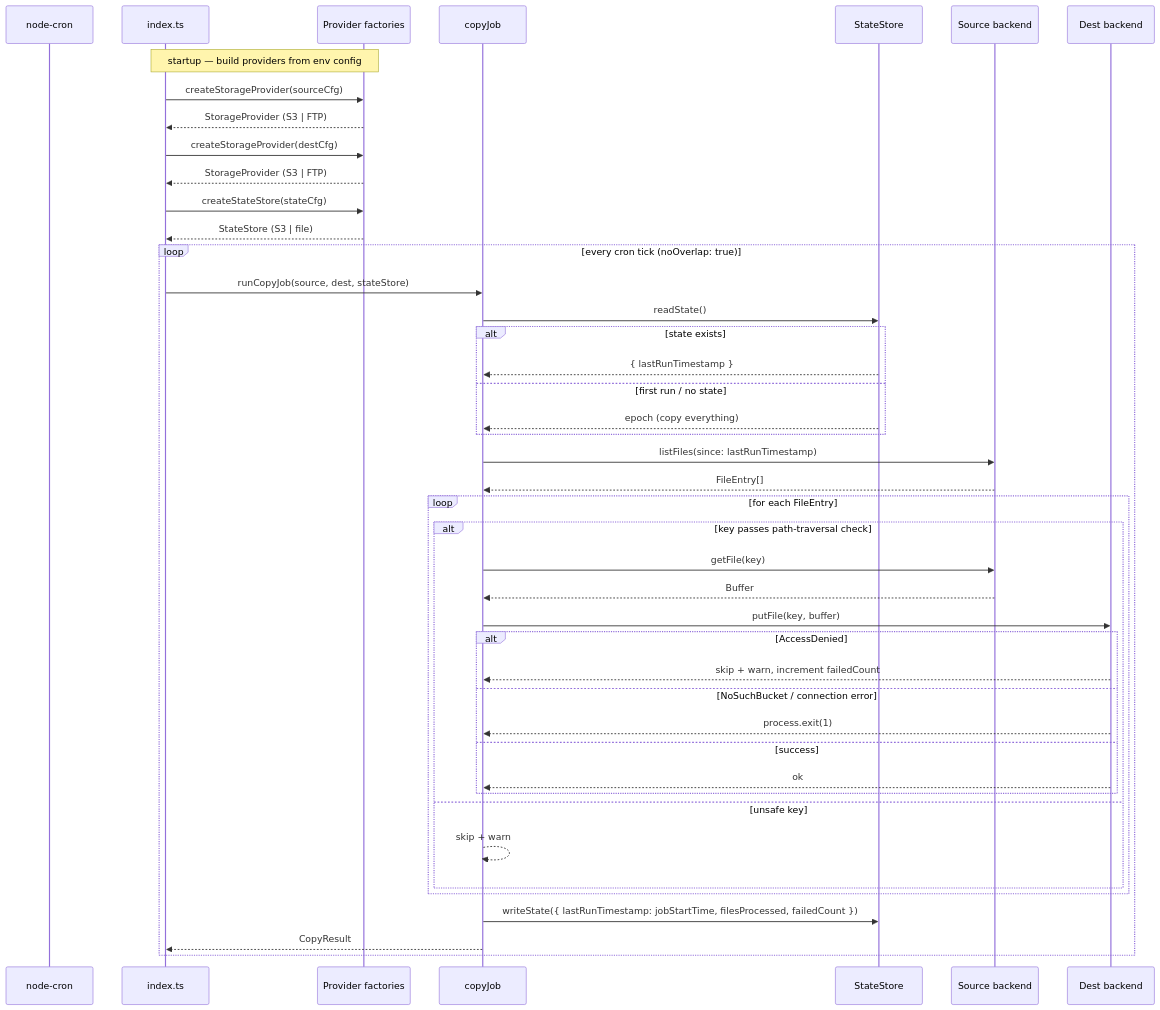
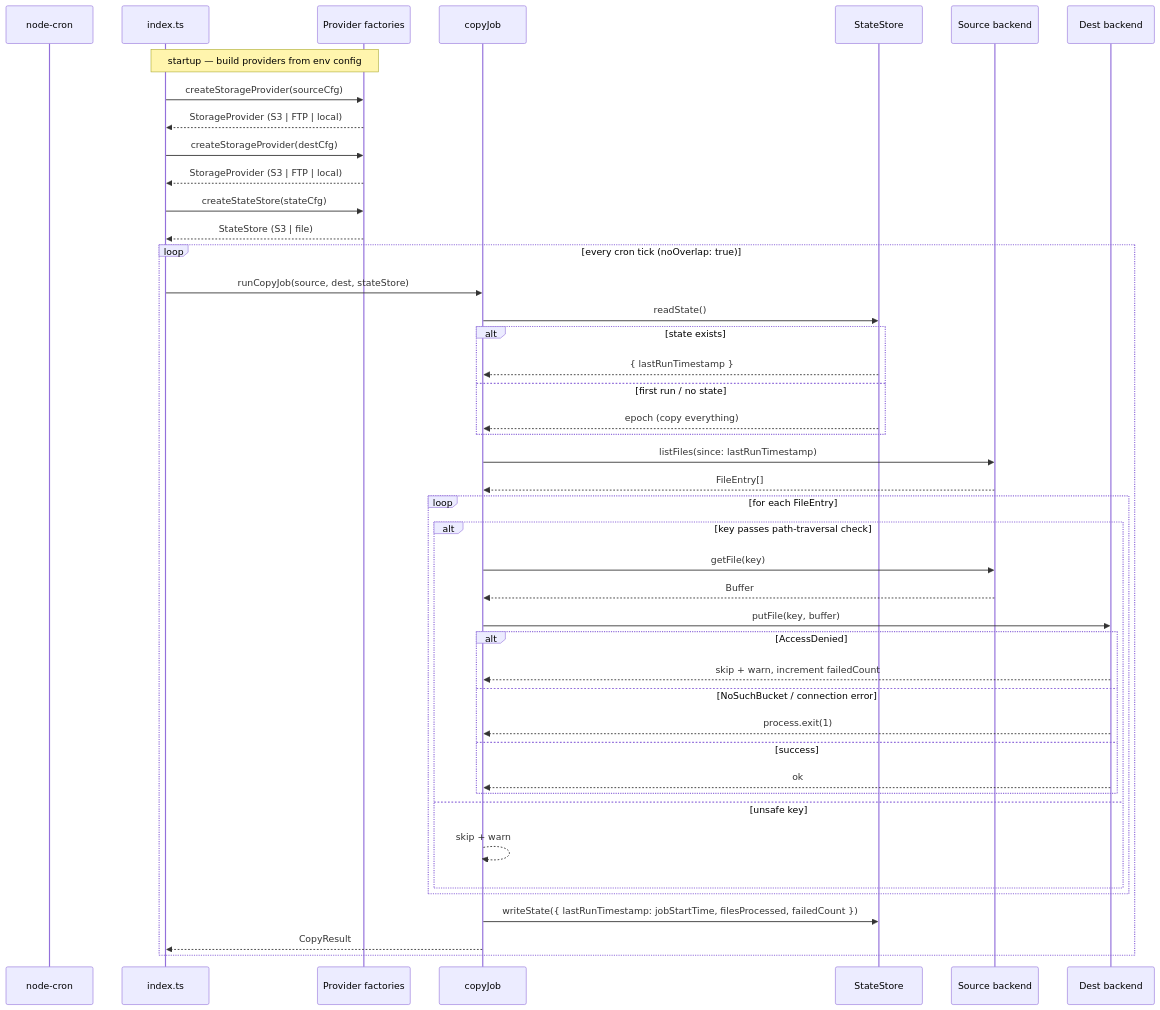
The diagram in README.md (vvepretskiy/s3-sync-cron), drawn with Mermaid before and after one commit. The commit also changed other lines of this file, not shown here.

Commit message:
docs: add local provider to README and diagram

````diff
--- a/README.md
+++ b/README.md
@@ -204,52 +237,52 @@
 ```mermaid
 sequenceDiagram
     participant Cron as node-cron
     participant Index as index.ts
     participant Factory as Provider factories
     participant Job as copyJob
     participant State as StateStore
     participant Src as Source backend
     participant Dst as Dest backend
 
     Note over Index,Factory: startup — build providers from env config
     Index->>Factory: createStorageProvider(sourceCfg)
-    Factory-->>Index: StorageProvider (S3 | FTP)
+    Factory-->>Index: StorageProvider (S3 | FTP | local)
     Index->>Factory: createStorageProvider(destCfg)
-    Factory-->>Index: StorageProvider (S3 | FTP)
+    Factory-->>Index: StorageProvider (S3 | FTP | local)
     Index->>Factory: createStateStore(stateCfg)
     Factory-->>Index: StateStore (S3 | file)
 
     loop every cron tick (noOverlap: true)
         Index->>Job: runCopyJob(source, dest, stateStore)
 
         Job->>State: readState()
         alt state exists
             State-->>Job: { lastRunTimestamp }
         else first run / no state
             State-->>Job: epoch (copy everything)
         end
 
         Job->>Src: listFiles(since: lastRunTimestamp)
         Src-->>Job: FileEntry[]
 
         loop for each FileEntry
             alt key passes path-traversal check
                 Job->>Src: getFile(key)
                 Src-->>Job: Buffer
                 Job->>Dst: putFile(key, buffer)
                 alt AccessDenied
                     Dst-->>Job: skip + warn, increment failedCount
                 else NoSuchBucket / connection error
                     Dst-->>Job: process.exit(1)
                 else success
                     Dst-->>Job: ok
                 end
             else unsafe key
                 Job-->>Job: skip + warn
             end
         end
 
         Job->>State: writeState({ lastRunTimestamp: jobStartTime, filesProcessed, failedCount })
         Job-->>Index: CopyResult
     end
 ```
````
